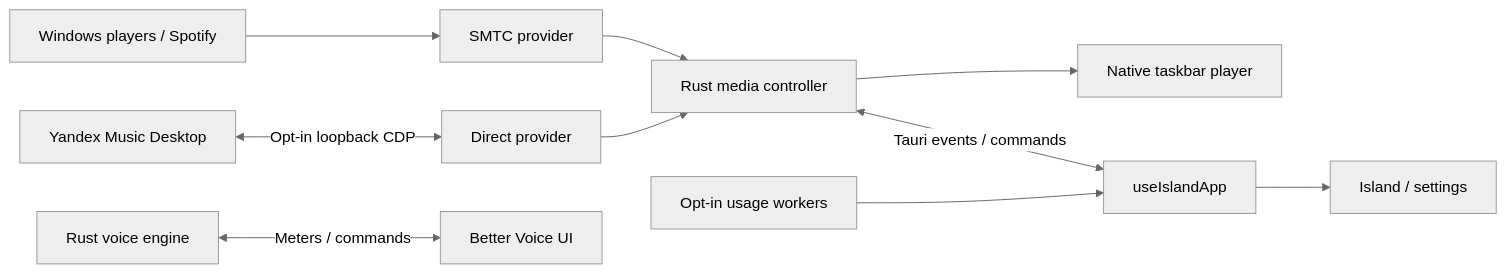
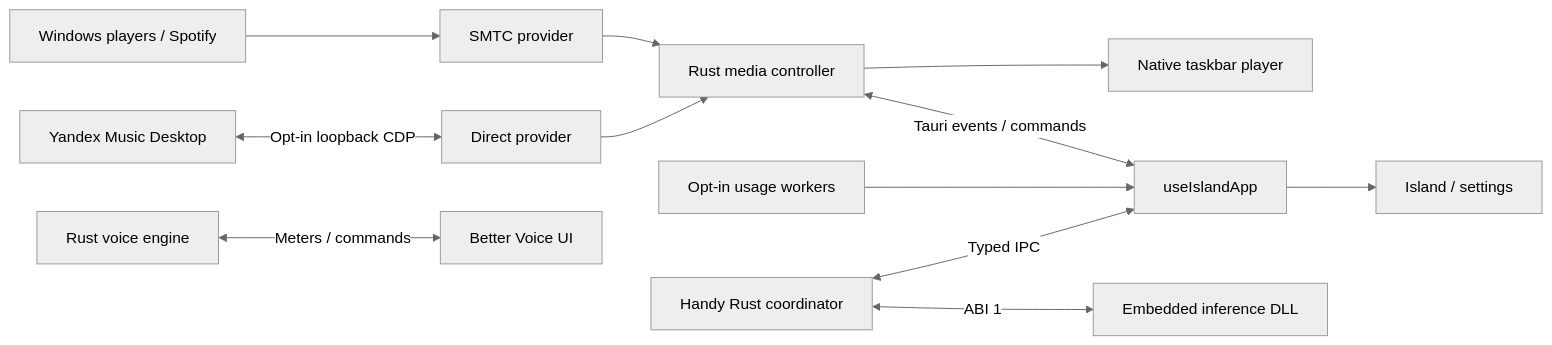
The diagram in README.md (redheadesign/music-island), drawn with Mermaid (neutral theme) before and after one commit. The commit also changed other lines of this file and 324 other files, not shown here.

````diff
--- a/README.md
+++ b/README.md
@@ -45,12 +56,14 @@
 ```mermaid
 flowchart LR
   Players[Windows players / Spotify] --> SMTC[SMTC provider]
   Yandex[Yandex Music Desktop] <-->|Opt-in loopback CDP| Direct[Direct provider]
   SMTC --> Media[Rust media controller]
   Direct --> Media
   Media --> Native[Native taskbar player]
   Media <-->|Tauri events / commands| App[useIslandApp]
   App --> Island[Island / settings]
   Usage[Opt-in usage workers] --> App
   Voice[Rust voice engine] <-->|Meters / commands| BetterVoice[Better Voice UI]
+  Dictation[Handy Rust coordinator] <-->|ABI 1| Runtime[Embedded inference DLL]
+  Dictation <-->|Typed IPC| App
 ```
````
